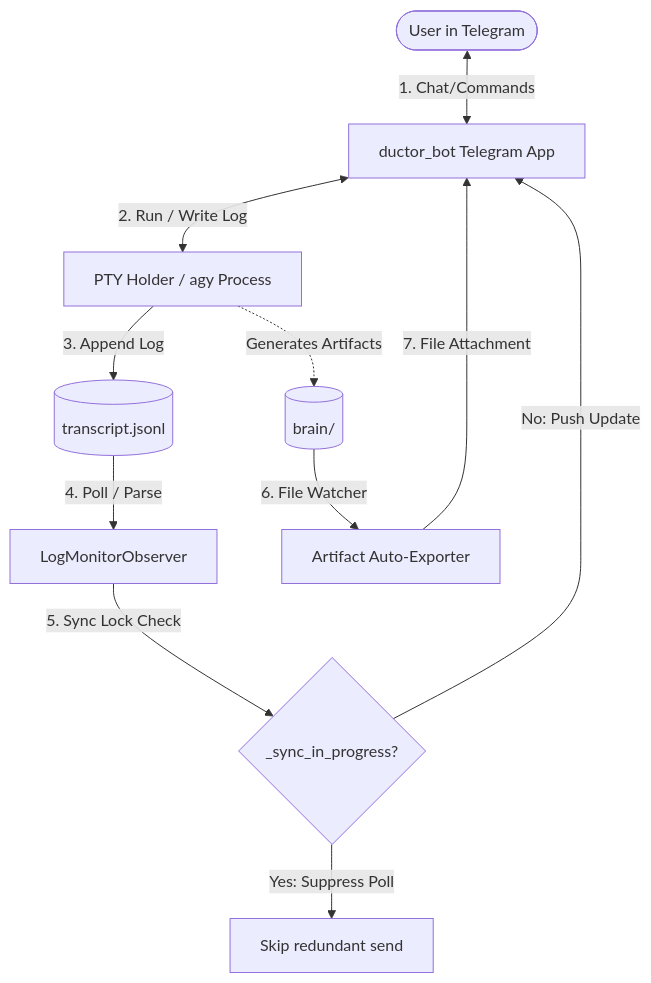
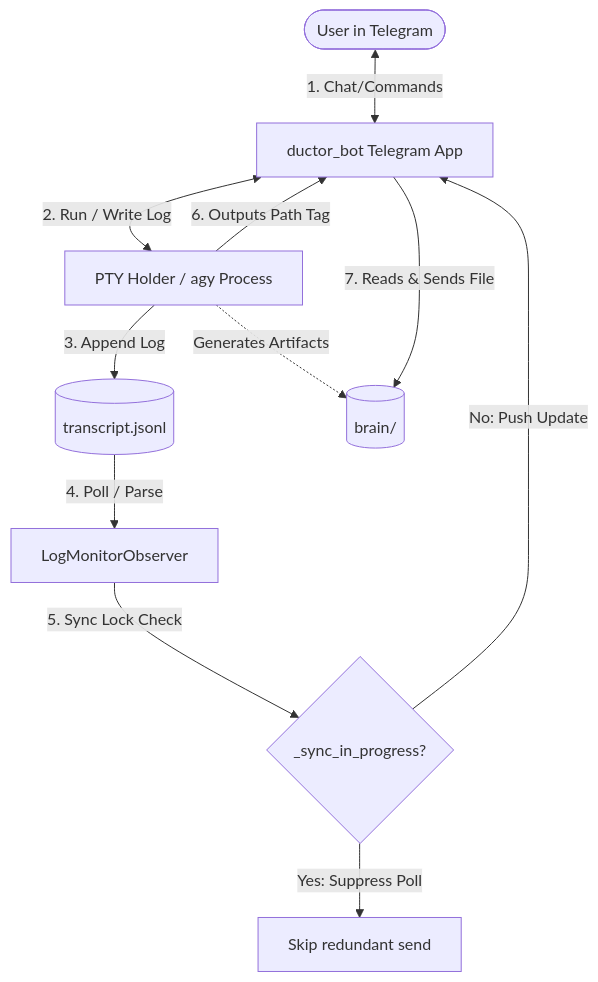
The diagram in public/content/projects/ductor-for-agy/index.md (imwoo90/the-rust-journey), drawn with Mermaid before and after one commit. The commit also changed other lines of this file and 1 other file, not shown here.

Commit message:
docs: update ductor_for_agy features with agent-driven artifact delivery and UX enhancements

````diff
--- a/public/content/projects/ductor-for-agy/index.md
+++ b/public/content/projects/ductor-for-agy/index.md
@@ -34,14 +36,14 @@
 ```mermaid
 graph TD
     User([User in Telegram]) <-->|1. Chat/Commands| TelegramApp[ductor_bot Telegram App]
     TelegramApp <-->|2. Run / Write Log| PTYHolder[PTY Holder / agy Process]
     PTYHolder -->|3. Append Log| LogFile[(transcript.jsonl)]
     LogFile -->|4. Poll / Parse| LogWatcher[LogMonitorObserver]
     LogWatcher -->|5. Sync Lock Check| LockFlag{_sync_in_progress?}
     LockFlag -->|No: Push Update| TelegramApp
     LockFlag -->|Yes: Suppress Poll| Skip[Skip redundant send]
     
     PTYHolder -.->|Generates Artifacts| BrainDir[(brain/)]
-    BrainDir -->|6. File Watcher| ArtifactHandler[Artifact Auto-Exporter]
-    ArtifactHandler -->|7. File Attachment| TelegramApp
+    PTYHolder -->|6. Outputs Path Tag| TelegramApp
+    TelegramApp -->|7. Reads & Sends File| BrainDir
 ```
````
